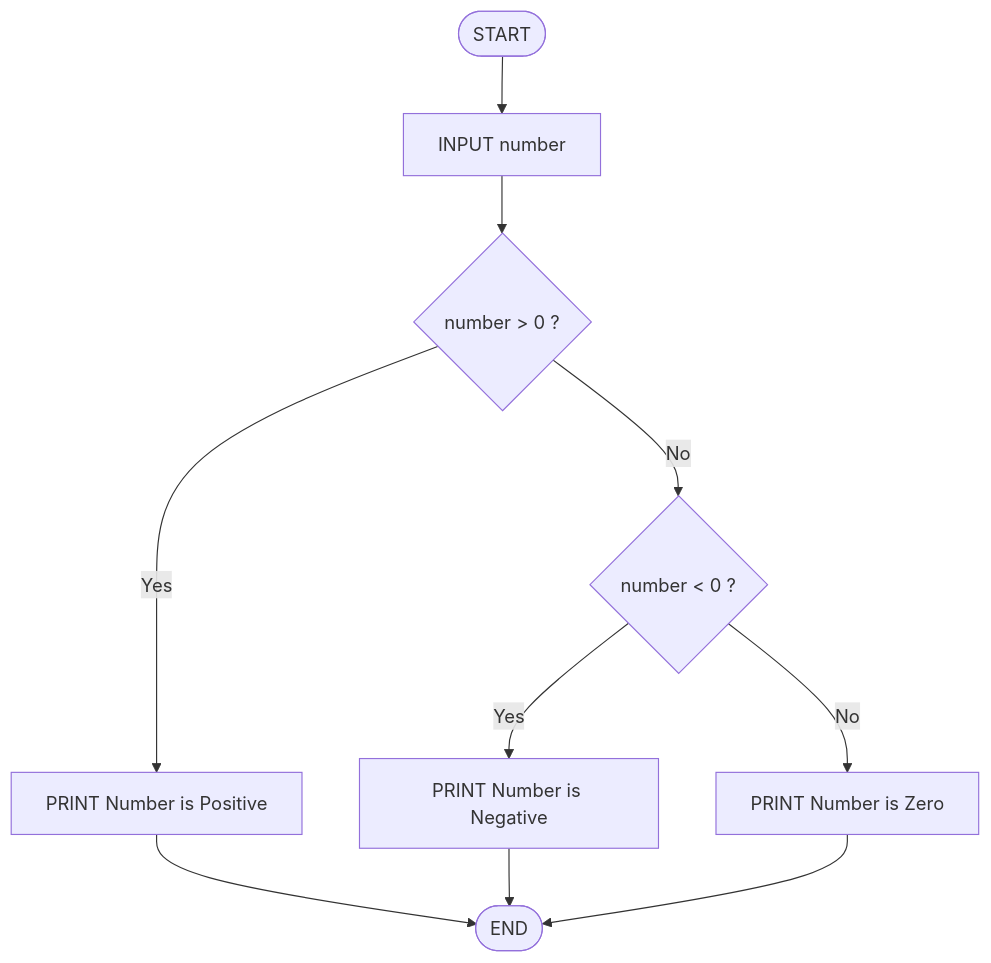
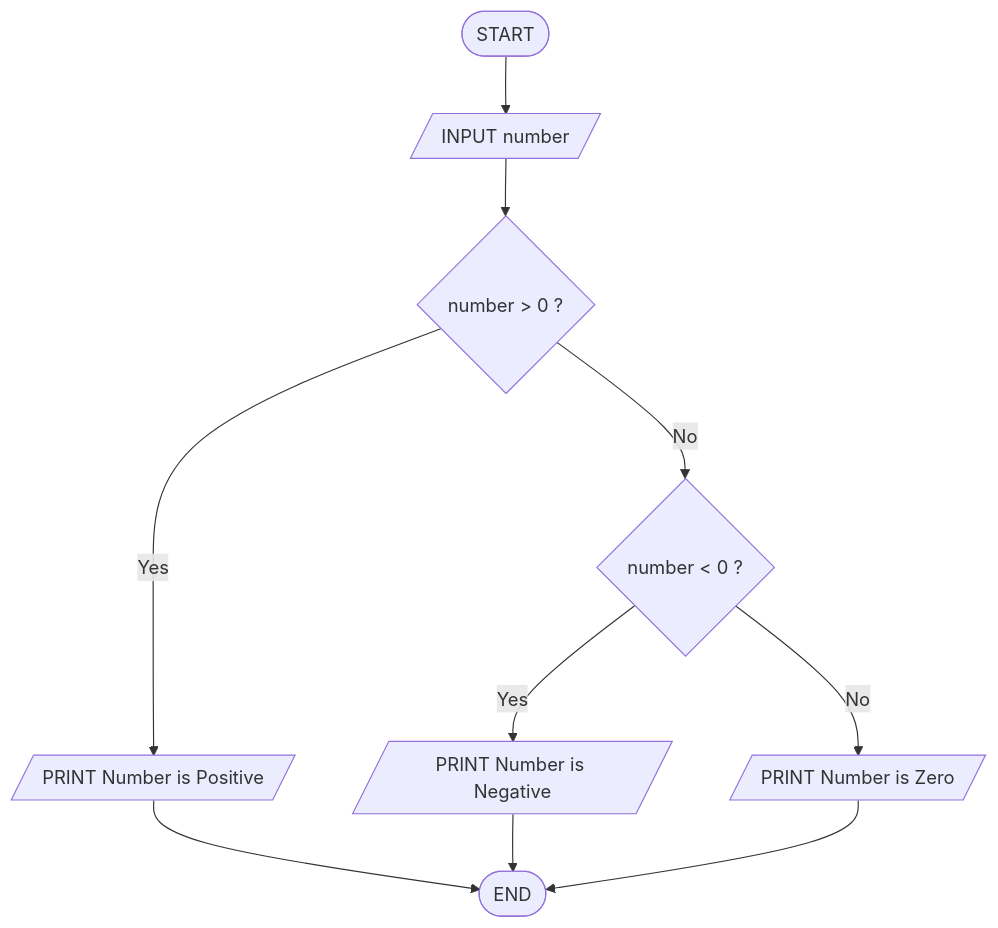
The diagram in Exercise 4/PosNegZeroCheck.md (SangeethaNachimuthu/pseudocode-flowchart-workshop), drawn with Mermaid before and after one commit. The commit also changed 10 other files, not shown here.

````diff
--- a/Exercise 4/PosNegZeroCheck.md
+++ b/Exercise 4/PosNegZeroCheck.md
@@ -1,12 +1,12 @@
 ```mermaid
 flowchart TD
-    A([START]) --> B[INPUT number]
+    A([START]) --> B[/INPUT number/]
     B --> C{number > 0 ?}
-    C --> |Yes| D[PRINT Number is Positive]
+    C --> |Yes| D[/PRINT Number is Positive/]
     C --> |No| E{number < 0 ?}
-    E --> |Yes| F[PRINT Number is Negative]
-    E --> |No| G[PRINT Number is Zero]
+    E --> |Yes| F[/PRINT Number is Negative/]
+    E --> |No| G[/PRINT Number is Zero/]
     D --> H([END])
     F --> H([END])
     G --> H([END])
 ```
````
